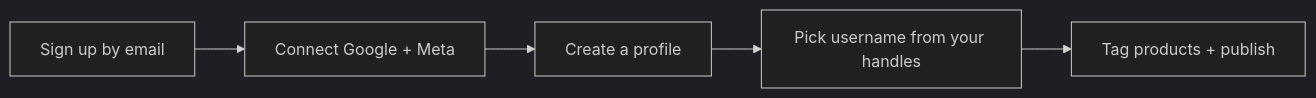
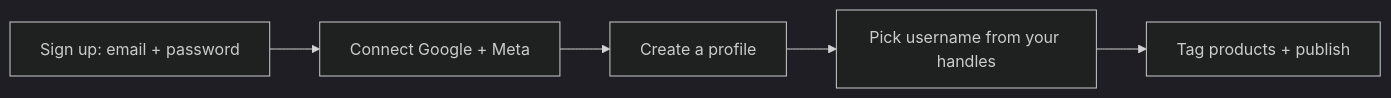
The second of 3 diagrams in plugfolio-lean-journey.md (iam-hussain/plugfolio), drawn with Mermaid (dark theme) before and after one commit. The commit also changed other lines of this file and 4 other files, not shown here.

````diff
--- a/plugfolio-lean-journey.md
+++ b/plugfolio-lean-journey.md
@@ -62,7 +62,7 @@
 ```mermaid
 flowchart LR
-    A[Sign up by email] --> B[Connect Google + Meta]
+    A[Sign up: email + password] --> B[Connect Google + Meta]
     B --> C[Create a profile]
     C --> D[Pick username from your handles]
     D --> E[Tag products + publish]
 ```
````
